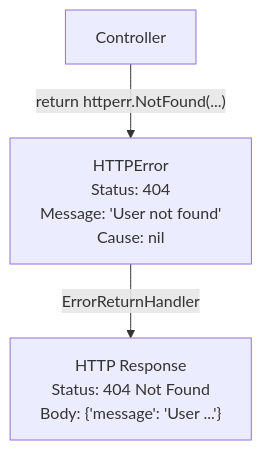
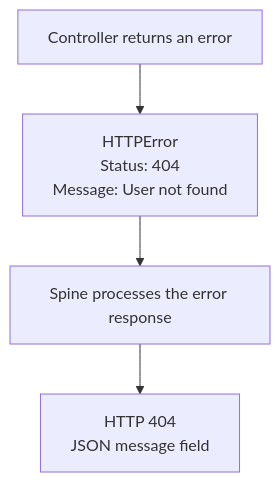
Before and after one commit to NARUBROWN/spine-site: the diagram in docs/en/learn/core-concepts/httperr.md, drawn with Mermaid. The commit also changed other lines of this file and 158 other files, not shown here.

````diff
--- a/docs/en/learn/core-concepts/httperr.md
+++ b/docs/en/learn/core-concepts/httperr.md
@@ -11,11 +44,6 @@
 ```mermaid
 graph TD
-    Controller["Controller"]
-    Controller -- "return httperr.NotFound(...)" --> HTTPError
-    
-    HTTPError["HTTPError<br/>Status: 404<br/>Message: 'User not found'<br/>Cause: nil"]
-    
-    HTTPError -- ErrorReturnHandler --> Response
-    
-    Response["HTTP Response<br/>Status: 404 Not Found<br/>Body: {'message': 'User ...'}"]
+    Controller["Controller returns an error"] --> Error["HTTPError<br/>Status: 404<br/>Message: User not found"]
+    Error --> Handler["Spine processes the error response"]
+    Handler --> Response["HTTP 404<br/>JSON message field"]
 ```
````
